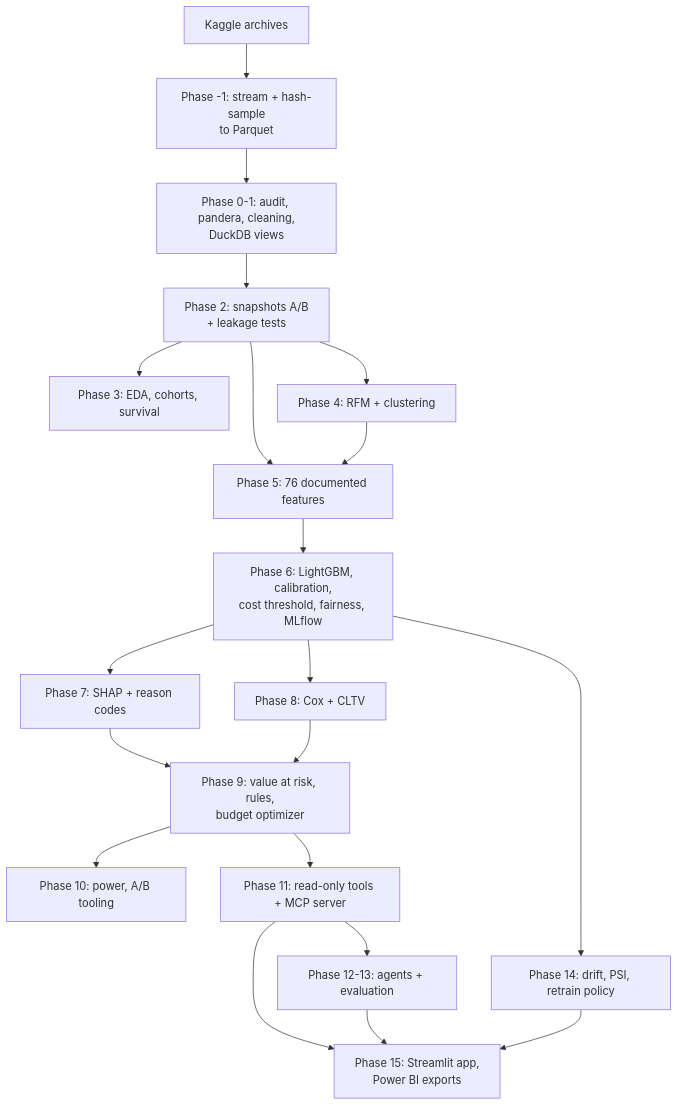
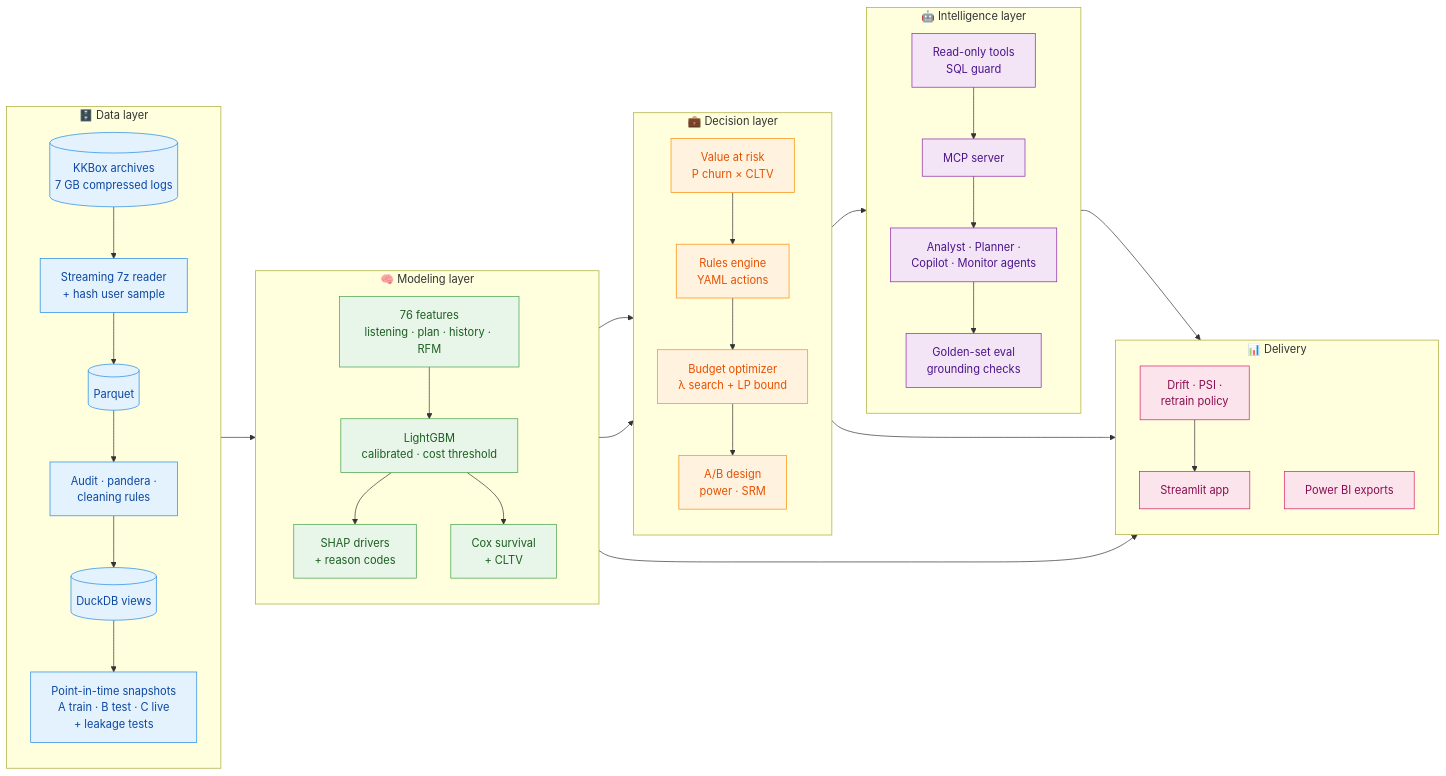
The diagram in README.md (LokeshMaan10/ChurnLens), drawn with Mermaid before and after one commit. The commit also changed other lines of this file, not shown here.

Commit message:
Redesign README: highlights, layered architecture diagram, key figures

````diff
--- a/README.md
+++ b/README.md
@@ -10,19 +32,59 @@
 ```mermaid
-flowchart TD
-    K[Kaggle archives] --> P1[Phase -1: stream + hash-sample<br/>to Parquet]
-    P1 --> P1b[Phase 0-1: audit, pandera, cleaning,<br/>DuckDB views]
-    P1b --> P2[Phase 2: snapshots A/B<br/>+ leakage tests]
-    P2 --> P3[Phase 3: EDA, cohorts, survival]
-    P2 --> P4[Phase 4: RFM + clustering]
-    P2 --> P5[Phase 5: 76 documented features]
-    P4 --> P5
-    P5 --> P6[Phase 6: LightGBM, calibration,<br/>cost threshold, fairness, MLflow]
-    P6 --> P7[Phase 7: SHAP + reason codes]
-    P6 --> P8[Phase 8: Cox + CLTV]
-    P7 & P8 --> P9[Phase 9: value at risk, rules,<br/>budget optimizer]
-    P9 --> P10[Phase 10: power, A/B tooling]
-    P9 --> T[Phase 11: read-only tools + MCP server]
-    T --> AG[Phase 12-13: agents + evaluation]
-    P6 --> P14[Phase 14: drift, PSI, retrain policy]
-    T & AG & P14 --> APP[Phase 15: Streamlit app,<br/>Power BI exports]
+flowchart LR
+    subgraph DATA["🗄️ Data layer"]
+        direction TB
+        RAW[(KKBox archives<br/>7 GB compressed logs)] --> STREAM[Streaming 7z reader<br/>+ hash user sample]
+        STREAM --> PQ[(Parquet)]
+        PQ --> CLEAN[Audit · pandera ·<br/>cleaning rules]
+        CLEAN --> DUCK[(DuckDB views)]
+        DUCK --> SNAP[Point-in-time snapshots<br/>A train · B test · C live<br/>+ leakage tests]
+    end
+
+    subgraph ML["🧠 Modeling layer"]
+        direction TB
+        FEAT[76 features<br/>listening · plan · history · RFM] --> MODEL[LightGBM<br/>calibrated · cost threshold]
+        MODEL --> SHAP[SHAP drivers<br/>+ reason codes]
+        MODEL --> SURV[Cox survival<br/>+ CLTV]
+    end
+
+    subgraph DEC["💼 Decision layer"]
+        direction TB
+        EVAR[Value at risk<br/>P churn × CLTV] --> RULES[Rules engine<br/>YAML actions]
+        RULES --> OPT[Budget optimizer<br/>λ search + LP bound]
+        OPT --> AB[A/B design<br/>power · SRM]
+    end
+
+    subgraph AI["🤖 Intelligence layer"]
+        direction TB
+        TOOLS[Read-only tools<br/>SQL guard] --> MCP[MCP server]
+        MCP --> AGENTS[Analyst · Planner ·<br/>Copilot · Monitor agents]
+        AGENTS --> EVAL[Golden-set eval<br/>grounding checks]
+    end
+
+    subgraph OUT["📊 Delivery"]
+        direction TB
+        APP[Streamlit app]
+        PBI[Power BI exports]
+        MON[Drift · PSI ·<br/>retrain policy]
+    end
+
+    SNAP --> FEAT
+    SHAP --> EVAR
+    SURV --> EVAR
+    OPT --> TOOLS
+    MODEL --> MON
+    AGENTS --> APP
+    OPT --> PBI
+    MON --> APP
+
+    classDef data fill:#E3F2FD,stroke:#1E88E5,color:#0D47A1
+    classDef ml fill:#E8F5E9,stroke:#43A047,color:#1B5E20
+    classDef dec fill:#FFF3E0,stroke:#FB8C00,color:#E65100
+    classDef ai fill:#F3E5F5,stroke:#8E24AA,color:#4A148C
+    classDef out fill:#FCE4EC,stroke:#D81B60,color:#880E4F
+    class RAW,STREAM,PQ,CLEAN,DUCK,SNAP data
+    class FEAT,MODEL,SHAP,SURV ml
+    class EVAR,RULES,OPT,AB dec
+    class TOOLS,MCP,AGENTS,EVAL ai
+    class APP,PBI,MON out
 ```
````
